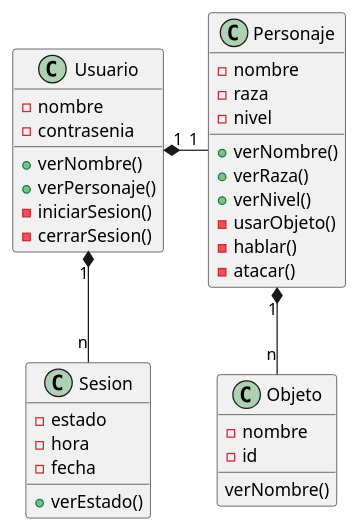
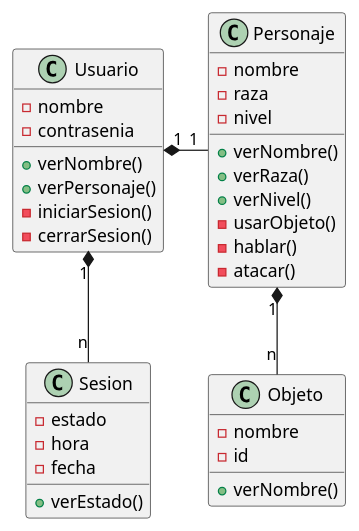
One commit to lsedelosangeles/JavaTecInfo changed the diagram in ejercicios/diagramas/ejercicio13abr2026.puml. Above: the diagram before and after it, drawn with PlantUML. The commit also changed 54 other files, not shown here.

```diff
--- a/ejercicios/diagramas/ejercicio13abr2026.puml
+++ b/ejercicios/diagramas/ejercicio13abr2026.puml
@@ -1,39 +1,39 @@
 @startuml "Ejercicio 13 abril 2026"
     class Usuario{
         -nombre
         -contrasenia
         +verNombre()
         +verPersonaje()
         -iniciarSesion()
         -cerrarSesion()
     }
 
     class Sesion{
         -estado
         -hora
         -fecha
         +verEstado()
     }
 
     class Personaje{
         -nombre
         -raza
         -nivel
         +verNombre()
         +verRaza()
         +verNivel()
         -usarObjeto()
         -hablar()
         -atacar()
     }
 
     class Objeto{
         -nombre
         -id
-        verNombre()
+        +verNombre()
     }
 
     Usuario "1" *-r- "1" Personaje
     Usuario "1" *-- "n" Sesion
     Personaje "1" *-- "n" Objeto
 @enduml
```
